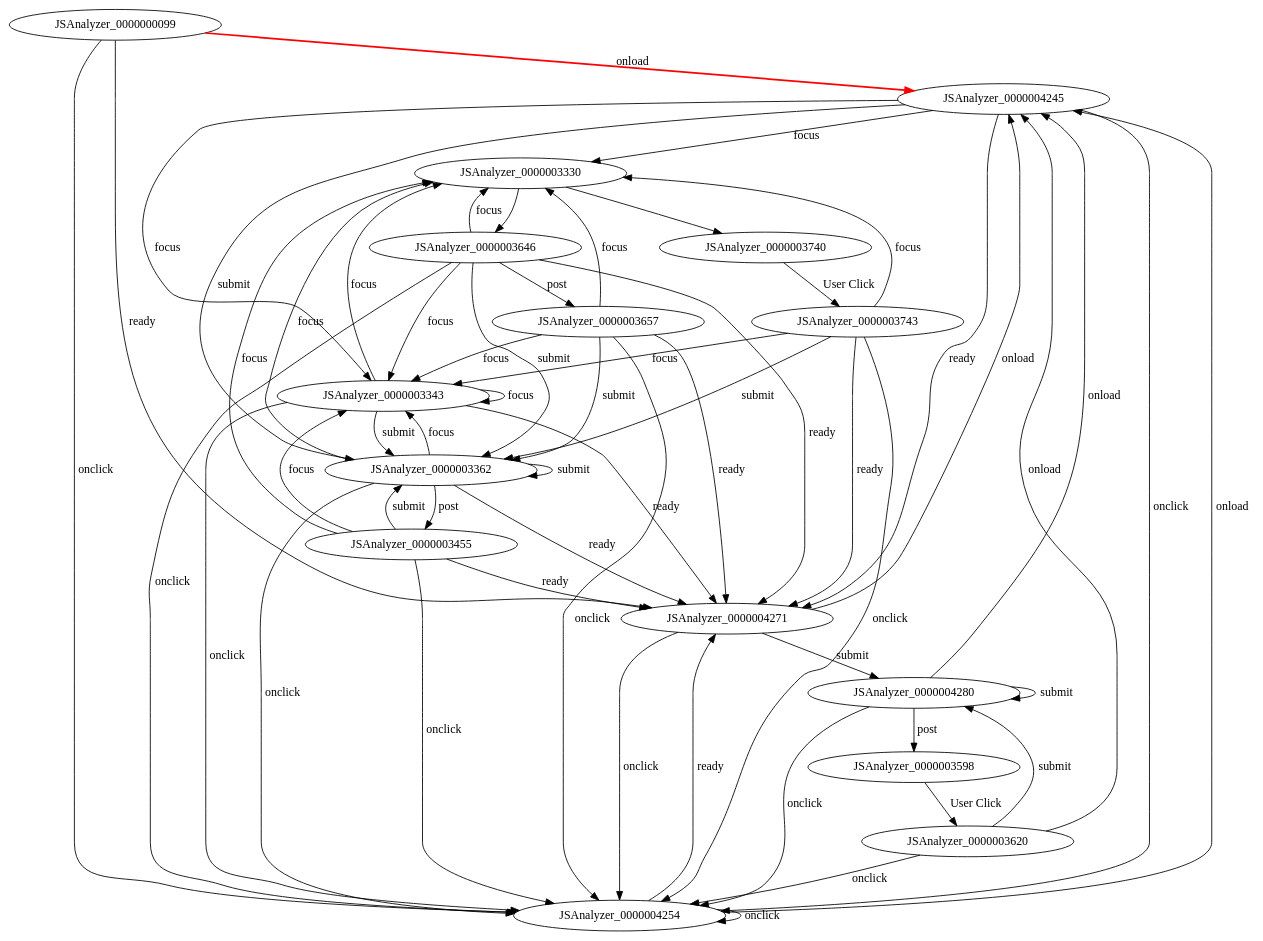
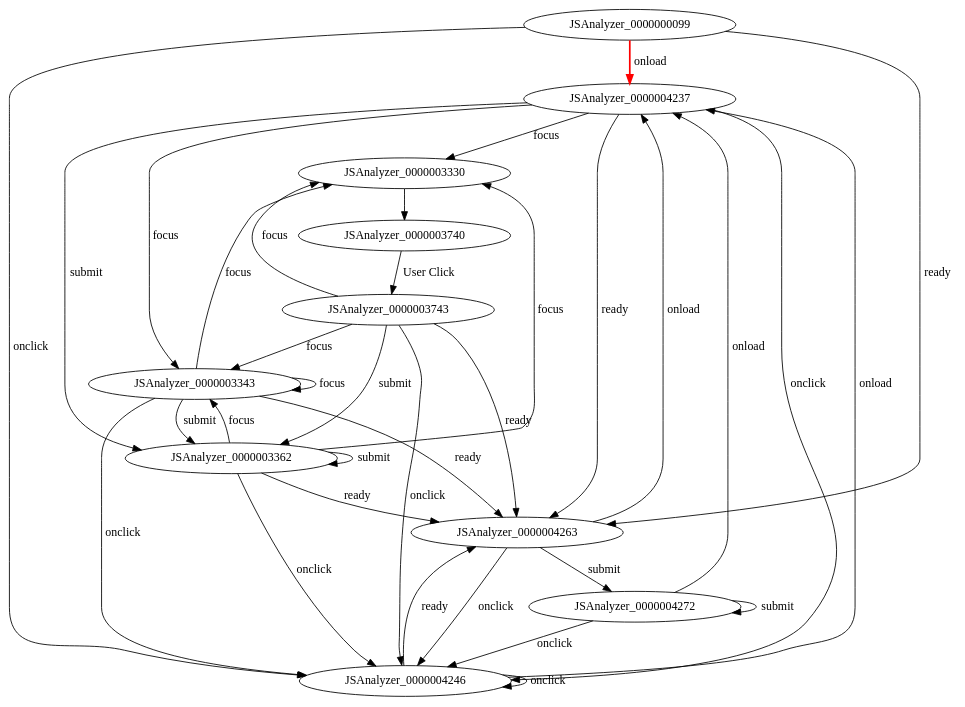
The diagram in projects/project/verify/counterexample/CS2020mError.spec.0.step.1.dot (mzw/JSAnalyzer), drawn with Graphviz before and after one commit. The commit also changed 243 other files, not shown here.

```diff
--- a/projects/project/verify/counterexample/CS2020mError.spec.0.step.1.dot
+++ b/projects/project/verify/counterexample/CS2020mError.spec.0.step.1.dot
@@ -1,74 +1,46 @@
 digraph FSM {
 JSAnalyzer_0000000099;
 JSAnalyzer_0000003330;
 JSAnalyzer_0000003343;
 JSAnalyzer_0000003362;
-JSAnalyzer_0000003455;
-JSAnalyzer_0000003598;
-JSAnalyzer_0000003646;
-JSAnalyzer_0000003657;
 JSAnalyzer_0000003740;
-JSAnalyzer_0000004245;
-JSAnalyzer_0000004254;
-JSAnalyzer_0000004271;
-JSAnalyzer_0000004280;
-JSAnalyzer_0000003620;
+JSAnalyzer_0000004237;
+JSAnalyzer_0000004246;
+JSAnalyzer_0000004263;
+JSAnalyzer_0000004272;
 JSAnalyzer_0000003743;
-JSAnalyzer_0000003330 -> JSAnalyzer_0000003646 []
 JSAnalyzer_0000003330 -> JSAnalyzer_0000003740 []
-JSAnalyzer_0000000099 -> JSAnalyzer_0000004245 [label="onload",style=bold,color=red]
-JSAnalyzer_0000000099 -> JSAnalyzer_0000004254 [label="onclick"]
-JSAnalyzer_0000000099 -> JSAnalyzer_0000004271 [label="ready"]
+JSAnalyzer_0000000099 -> JSAnalyzer_0000004237 [label="onload",style=bold,color=red]
+JSAnalyzer_0000000099 -> JSAnalyzer_0000004246 [label="onclick"]
+JSAnalyzer_0000000099 -> JSAnalyzer_0000004263 [label="ready"]
 JSAnalyzer_0000003343 -> JSAnalyzer_0000003330 [label="focus"]
 JSAnalyzer_0000003343 -> JSAnalyzer_0000003343 [label="focus"]
 JSAnalyzer_0000003343 -> JSAnalyzer_0000003362 [label="submit"]
-JSAnalyzer_0000003343 -> JSAnalyzer_0000004254 [label="onclick"]
-JSAnalyzer_0000003343 -> JSAnalyzer_0000004271 [label="ready"]
-JSAnalyzer_0000003362 -> JSAnalyzer_0000003455 [label="post"]
+JSAnalyzer_0000003343 -> JSAnalyzer_0000004246 [label="onclick"]
+JSAnalyzer_0000003343 -> JSAnalyzer_0000004263 [label="ready"]
 JSAnalyzer_0000003362 -> JSAnalyzer_0000003330 [label="focus"]
 JSAnalyzer_0000003362 -> JSAnalyzer_0000003343 [label="focus"]
 JSAnalyzer_0000003362 -> JSAnalyzer_0000003362 [label="submit"]
-JSAnalyzer_0000003362 -> JSAnalyzer_0000004254 [label="onclick"]
-JSAnalyzer_0000003362 -> JSAnalyzer_0000004271 [label="ready"]
-JSAnalyzer_0000003455 -> JSAnalyzer_0000003330 [label="focus"]
-JSAnalyzer_0000003455 -> JSAnalyzer_0000003343 [label="focus"]
-JSAnalyzer_0000003455 -> JSAnalyzer_0000003362 [label="submit"]
-JSAnalyzer_0000003455 -> JSAnalyzer_0000004254 [label="onclick"]
-JSAnalyzer_0000003455 -> JSAnalyzer_0000004271 [label="ready"]
-JSAnalyzer_0000003598 -> JSAnalyzer_0000003620 [label="User Click"]
-JSAnalyzer_0000003646 -> JSAnalyzer_0000003657 [label="post"]
-JSAnalyzer_0000003646 -> JSAnalyzer_0000003330 [label="focus"]
-JSAnalyzer_0000003646 -> JSAnalyzer_0000003343 [label="focus"]
-JSAnalyzer_0000003646 -> JSAnalyzer_0000003362 [label="submit"]
-JSAnalyzer_0000003646 -> JSAnalyzer_0000004254 [label="onclick"]
-JSAnalyzer_0000003646 -> JSAnalyzer_0000004271 [label="ready"]
-JSAnalyzer_0000003657 -> JSAnalyzer_0000003330 [label="focus"]
-JSAnalyzer_0000003657 -> JSAnalyzer_0000003343 [label="focus"]
-JSAnalyzer_0000003657 -> JSAnalyzer_0000003362 [label="submit"]
-JSAnalyzer_0000003657 -> JSAnalyzer_0000004254 [label="onclick"]
-JSAnalyzer_0000003657 -> JSAnalyzer_0000004271 [label="ready"]
+JSAnalyzer_0000003362 -> JSAnalyzer_0000004246 [label="onclick"]
+JSAnalyzer_0000003362 -> JSAnalyzer_0000004263 [label="ready"]
 JSAnalyzer_0000003740 -> JSAnalyzer_0000003743 [label="User Click"]
-JSAnalyzer_0000004245 -> JSAnalyzer_0000003330 [label="focus"]
-JSAnalyzer_0000004245 -> JSAnalyzer_0000003343 [label="focus"]
-JSAnalyzer_0000004245 -> JSAnalyzer_0000003362 [label="submit"]
-JSAnalyzer_0000004245 -> JSAnalyzer_0000004254 [label="onclick"]
-JSAnalyzer_0000004245 -> JSAnalyzer_0000004271 [label="ready"]
-JSAnalyzer_0000004254 -> JSAnalyzer_0000004245 [label="onload"]
-JSAnalyzer_0000004254 -> JSAnalyzer_0000004254 [label="onclick"]
-JSAnalyzer_0000004254 -> JSAnalyzer_0000004271 [label="ready"]
-JSAnalyzer_0000004271 -> JSAnalyzer_0000004280 [label="submit"]
-JSAnalyzer_0000004271 -> JSAnalyzer_0000004245 [label="onload"]
-JSAnalyzer_0000004271 -> JSAnalyzer_0000004254 [label="onclick"]
-JSAnalyzer_0000004280 -> JSAnalyzer_0000003598 [label="post"]
-JSAnalyzer_0000004280 -> JSAnalyzer_0000004280 [label="submit"]
-JSAnalyzer_0000004280 -> JSAnalyzer_0000004245 [label="onload"]
-JSAnalyzer_0000004280 -> JSAnalyzer_0000004254 [label="onclick"]
-JSAnalyzer_0000003620 -> JSAnalyzer_0000004280 [label="submit"]
-JSAnalyzer_0000003620 -> JSAnalyzer_0000004245 [label="onload"]
-JSAnalyzer_0000003620 -> JSAnalyzer_0000004254 [label="onclick"]
+JSAnalyzer_0000004237 -> JSAnalyzer_0000003330 [label="focus"]
+JSAnalyzer_0000004237 -> JSAnalyzer_0000003343 [label="focus"]
+JSAnalyzer_0000004237 -> JSAnalyzer_0000003362 [label="submit"]
+JSAnalyzer_0000004237 -> JSAnalyzer_0000004246 [label="onclick"]
+JSAnalyzer_0000004237 -> JSAnalyzer_0000004263 [label="ready"]
+JSAnalyzer_0000004246 -> JSAnalyzer_0000004237 [label="onload"]
+JSAnalyzer_0000004246 -> JSAnalyzer_0000004246 [label="onclick"]
+JSAnalyzer_0000004246 -> JSAnalyzer_0000004263 [label="ready"]
+JSAnalyzer_0000004263 -> JSAnalyzer_0000004272 [label="submit"]
+JSAnalyzer_0000004263 -> JSAnalyzer_0000004237 [label="onload"]
+JSAnalyzer_0000004263 -> JSAnalyzer_0000004246 [label="onclick"]
+JSAnalyzer_0000004272 -> JSAnalyzer_0000004272 [label="submit"]
+JSAnalyzer_0000004272 -> JSAnalyzer_0000004237 [label="onload"]
+JSAnalyzer_0000004272 -> JSAnalyzer_0000004246 [label="onclick"]
 JSAnalyzer_0000003743 -> JSAnalyzer_0000003330 [label="focus"]
 JSAnalyzer_0000003743 -> JSAnalyzer_0000003343 [label="focus"]
 JSAnalyzer_0000003743 -> JSAnalyzer_0000003362 [label="submit"]
-JSAnalyzer_0000003743 -> JSAnalyzer_0000004254 [label="onclick"]
-JSAnalyzer_0000003743 -> JSAnalyzer_0000004271 [label="ready"]
+JSAnalyzer_0000003743 -> JSAnalyzer_0000004246 [label="onclick"]
+JSAnalyzer_0000003743 -> JSAnalyzer_0000004263 [label="ready"]
 }
```
